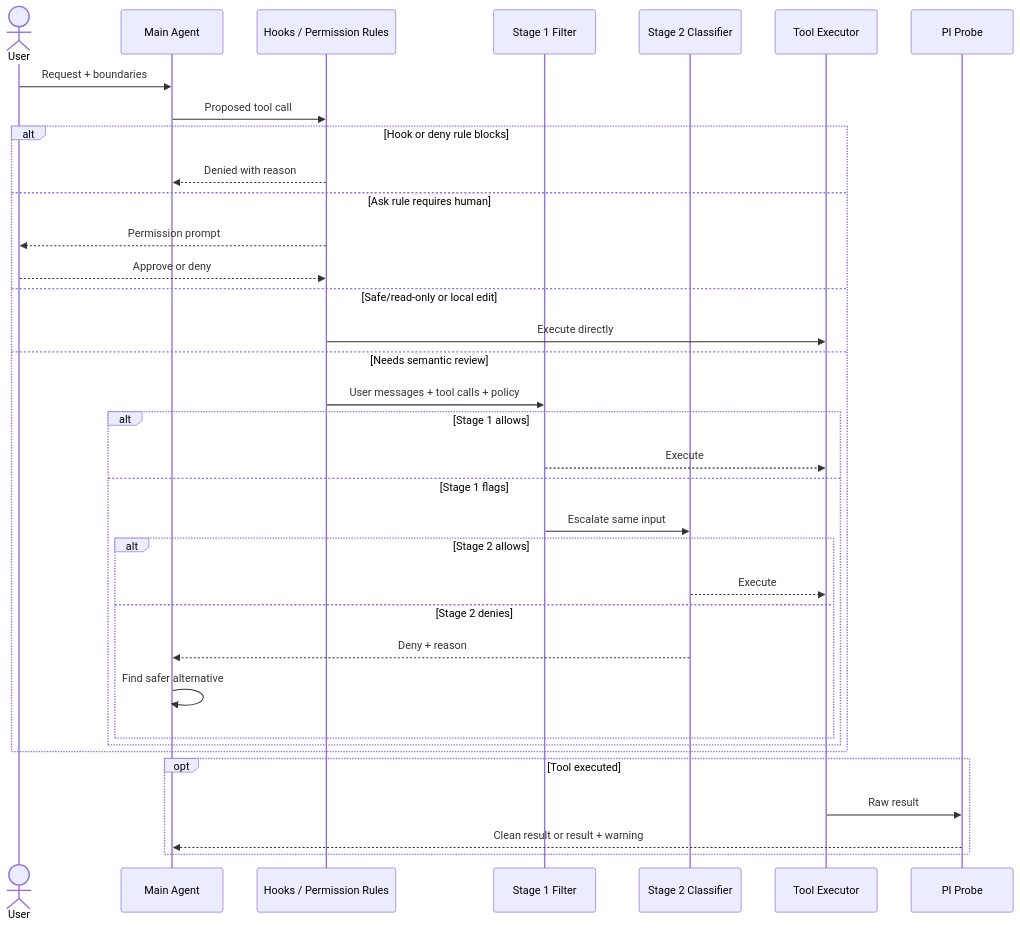
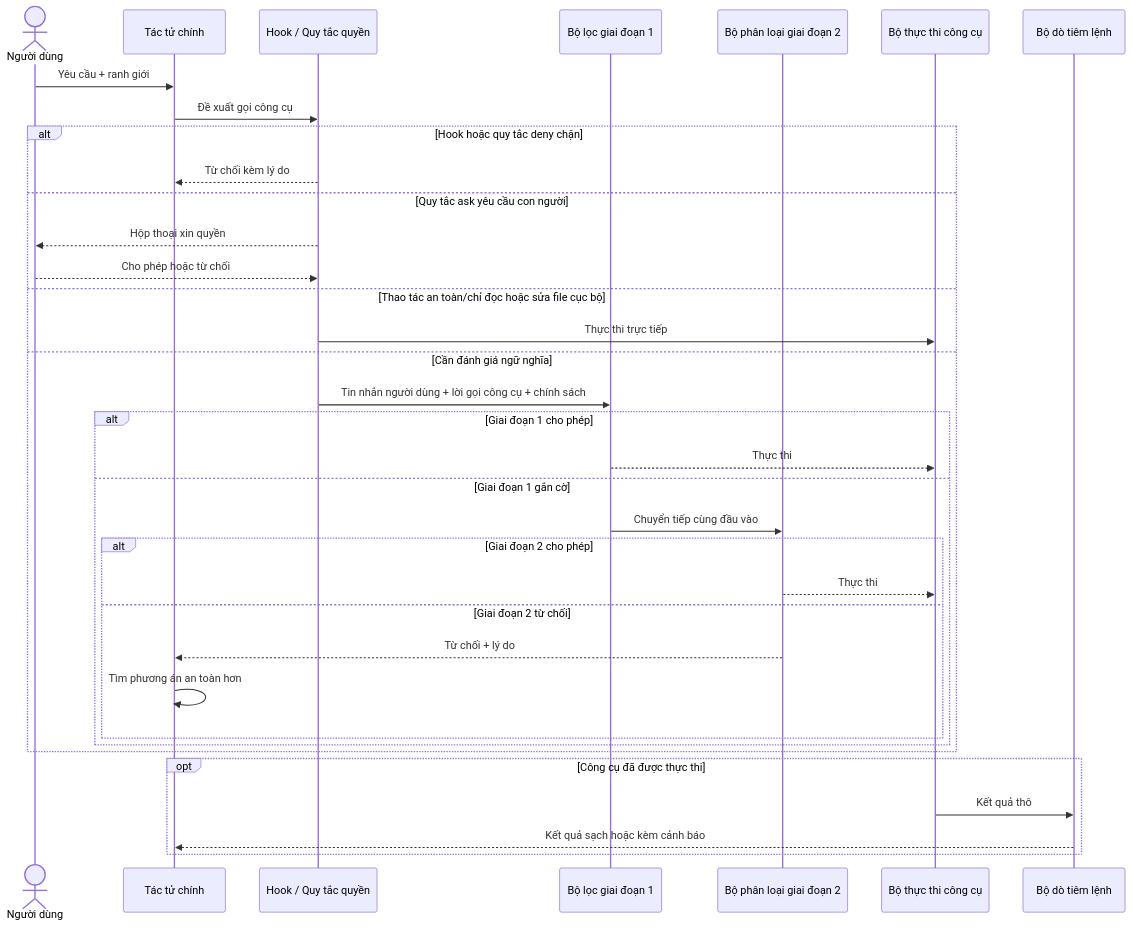
One commit to TriNguyen1208/Software_Architecture changed the second of 6 diagrams in claude_code/claude-code-auto-mode.md. Above: the diagram before and after it, drawn with Mermaid. The commit also changed other lines of this file, not shown here.

Commit message:
docs: Change language of diagram to vietnameseD

````diff
--- a/claude_code/claude-code-auto-mode.md
+++ b/claude_code/claude-code-auto-mode.md
@@ -248,40 +250,40 @@
 ```mermaid
 sequenceDiagram
-    actor U as User
-    participant A as Main Agent
-    participant H as Hooks / Permission Rules
-    participant F as Stage 1 Filter
-    participant J as Stage 2 Classifier
-    participant T as Tool Executor
-    participant P as PI Probe
+    actor U as Người dùng
+    participant A as Tác tử chính
+    participant H as Hook / Quy tắc quyền
+    participant F as Bộ lọc giai đoạn 1
+    participant J as Bộ phân loại giai đoạn 2
+    participant T as Bộ thực thi công cụ
+    participant P as Bộ dò tiêm lệnh
 
-    U->>A: Request + boundaries
-    A->>H: Proposed tool call
+    U->>A: Yêu cầu + ranh giới
+    A->>H: Đề xuất gọi công cụ
 
-    alt Hook or deny rule blocks
-        H-->>A: Denied with reason
-    else Ask rule requires human
-        H-->>U: Permission prompt
-        U-->>H: Approve or deny
-    else Safe/read-only or local edit
-        H->>T: Execute directly
-    else Needs semantic review
-        H->>F: User messages + tool calls + policy
-        alt Stage 1 allows
-            F-->>T: Execute
-        else Stage 1 flags
-            F->>J: Escalate same input
-            alt Stage 2 allows
-                J-->>T: Execute
-            else Stage 2 denies
-                J-->>A: Deny + reason
-                A->>A: Find safer alternative
+    alt Hook hoặc quy tắc deny chặn
+        H-->>A: Từ chối kèm lý do
+    else Quy tắc ask yêu cầu con người
+        H-->>U: Hộp thoại xin quyền
+        U-->>H: Cho phép hoặc từ chối
+    else Thao tác an toàn/chỉ đọc hoặc sửa file cục bộ
+        H->>T: Thực thi trực tiếp
+    else Cần đánh giá ngữ nghĩa
+        H->>F: Tin nhắn người dùng + lời gọi công cụ + chính sách
+        alt Giai đoạn 1 cho phép
+            F-->>T: Thực thi
+        else Giai đoạn 1 gắn cờ
+            F->>J: Chuyển tiếp cùng đầu vào
+            alt Giai đoạn 2 cho phép
+                J-->>T: Thực thi
+            else Giai đoạn 2 từ chối
+                J-->>A: Từ chối + lý do
+                A->>A: Tìm phương án an toàn hơn
             end
         end
     end
 
-    opt Tool executed
-        T->>P: Raw result
-        P-->>A: Clean result or result + warning
+    opt Công cụ đã được thực thi
+        T->>P: Kết quả thô
+        P-->>A: Kết quả sạch hoặc kèm cảnh báo
     end
 ```
````
